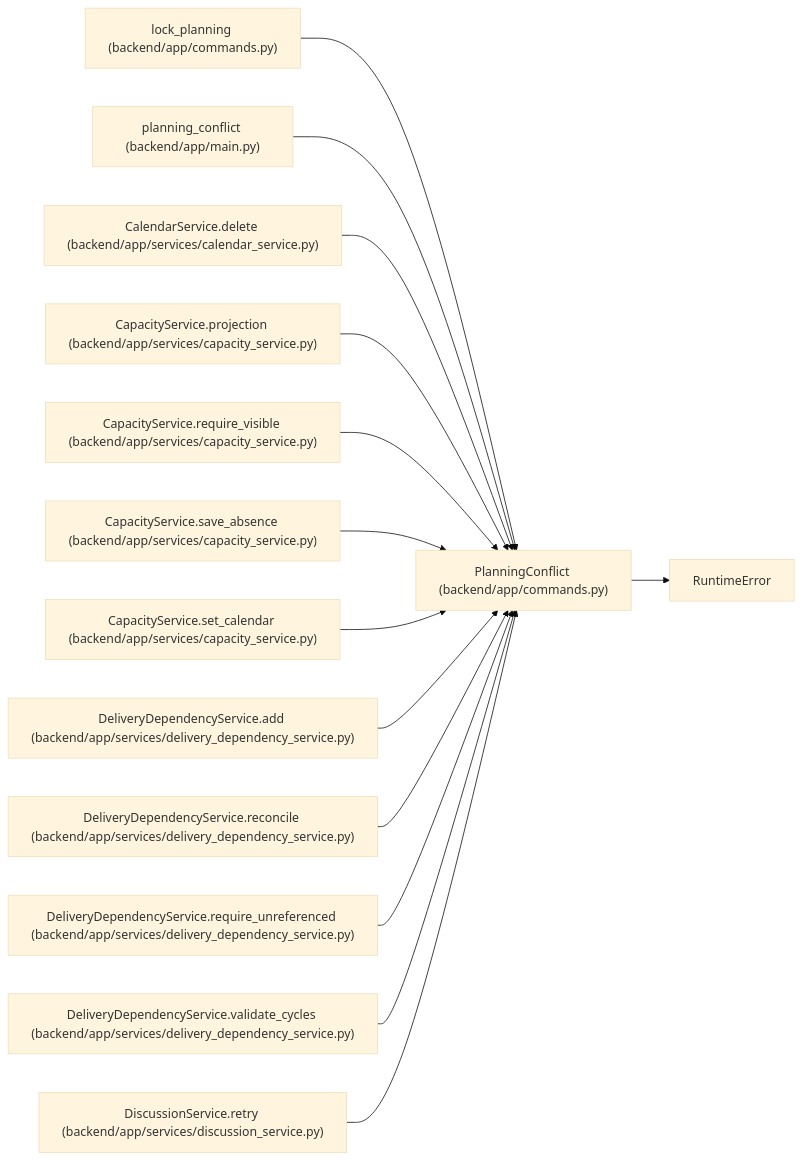
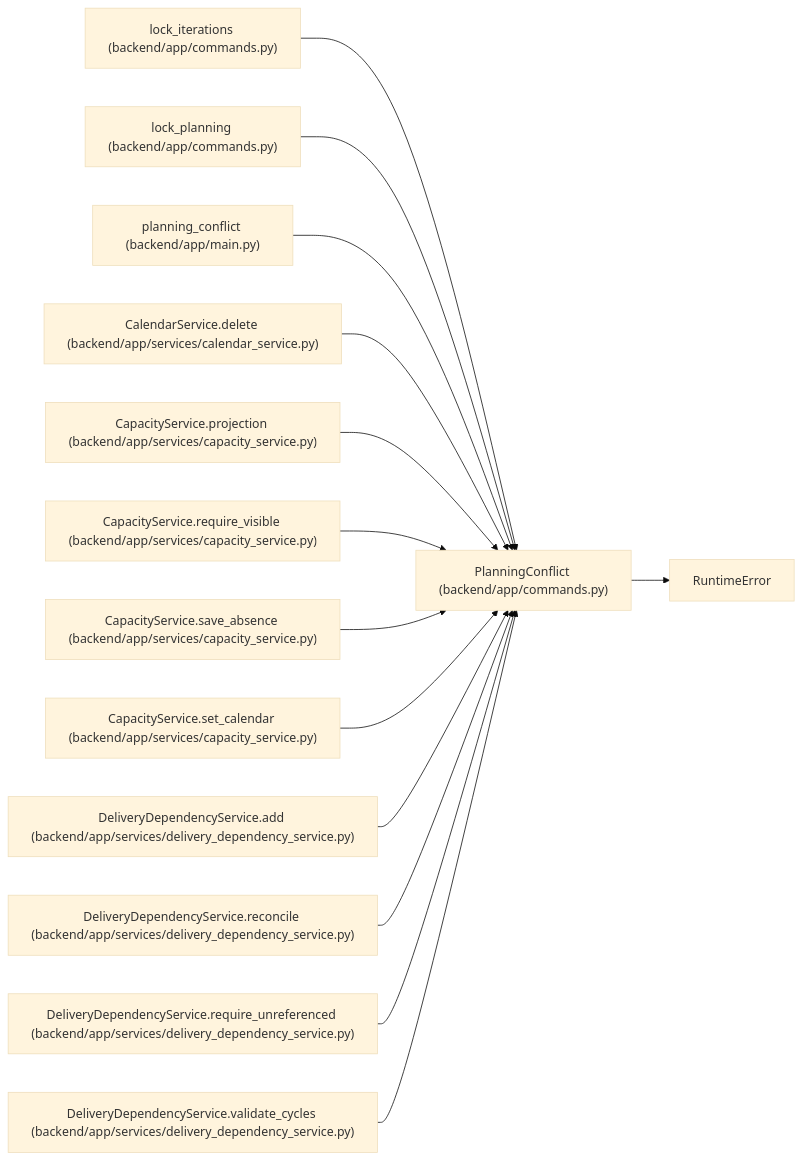
One commit to Denissvgn/WorkChord changed the diagram in docs/llm_wiki/entities/PlanningConflict.md. Above: the diagram before and after it, drawn with Mermaid (base theme). The commit also changed other lines of this file and 6624 other files, not shown here.

````diff
--- a/docs/llm_wiki/entities/PlanningConflict.md
+++ b/docs/llm_wiki/entities/PlanningConflict.md
@@ -26,43 +26,43 @@
 ```mermaid
 flowchart LR
     n0["PlanningConflict (backend/app/commands.py)"]
     n1["RuntimeError"]
-    n2["lock_planning (backend/app/commands.py)"]
-    n3["planning_conflict (backend/app/main.py)"]
-    n4["CalendarService.delete (backend/app/services/calendar_service.py)"]
-    n5["CapacityService.projection (backend/app/services/capacity_service.py)"]
-    n6["CapacityService.require_visible (backend/app/services/capacity_service.py)"]
-    n7["CapacityService.save_absence (backend/app/services/capacity_service.py)"]
-    n8["CapacityService.set_calendar (backend/app/services/capacity_service.py)"]
-    n9["DeliveryDependencyService.add (backend/app/services/delivery_dependency_service.py)"]
-    n10["DeliveryDependencyService.reconcile (backend/app/services/delivery_dependency_service.py)"]
-    n11["DeliveryDependencyService.require_unreferenced (backend/app/services/delivery_dependency_service.py)"]
-    n12["DeliveryDependencyService.validate_cycles (backend/app/services/delivery_dependency_service.py)"]
-    n13["DiscussionService.retry (backend/app/services/discussion_service.py)"]
+    n2["lock_iterations (backend/app/commands.py)"]
+    n3["lock_planning (backend/app/commands.py)"]
+    n4["planning_conflict (backend/app/main.py)"]
+    n5["CalendarService.delete (backend/app/services/calendar_service.py)"]
+    n6["CapacityService.projection (backend/app/services/capacity_service.py)"]
+    n7["CapacityService.require_visible (backend/app/services/capacity_service.py)"]
+    n8["CapacityService.save_absence (backend/app/services/capacity_service.py)"]
+    n9["CapacityService.set_calendar (backend/app/services/capacity_service.py)"]
+    n10["DeliveryDependencyService.add (backend/app/services/delivery_dependency_service.py)"]
+    n11["DeliveryDependencyService.reconcile (backend/app/services/delivery_dependency_service.py)"]
+    n12["DeliveryDependencyService.require_unreferenced (backend/app/services/delivery_dependency_service.py)"]
+    n13["DeliveryDependencyService.validate_cycles (backend/app/services/delivery_dependency_service.py)"]
     n0 --> n1
     n2 --> n0
     n3 --> n0
     n4 --> n0
     n5 --> n0
     n6 --> n0
     n7 --> n0
     n8 --> n0
     n9 --> n0
     n10 --> n0
     n11 --> n0
     n12 --> n0
     n13 --> n0
     click n0 "../modules/commands.md"
     click n2 "../modules/commands.md"
-    click n3 "../modules/app_main.md"
-    click n4 "../modules/calendar_service.md"
-    click n5 "../modules/capacity_service.md"
+    click n3 "../modules/commands.md"
+    click n4 "../modules/app_main.md"
+    click n5 "../modules/calendar_service.md"
     click n6 "../modules/capacity_service.md"
     click n7 "../modules/capacity_service.md"
     click n8 "../modules/capacity_service.md"
-    click n9 "../modules/delivery_dependency_service.md"
+    click n9 "../modules/capacity_service.md"
     click n10 "../modules/delivery_dependency_service.md"
     click n11 "../modules/delivery_dependency_service.md"
     click n12 "../modules/delivery_dependency_service.md"
-    click n13 "../modules/discussion_service.md"
+    click n13 "../modules/delivery_dependency_service.md"
 ```
````
